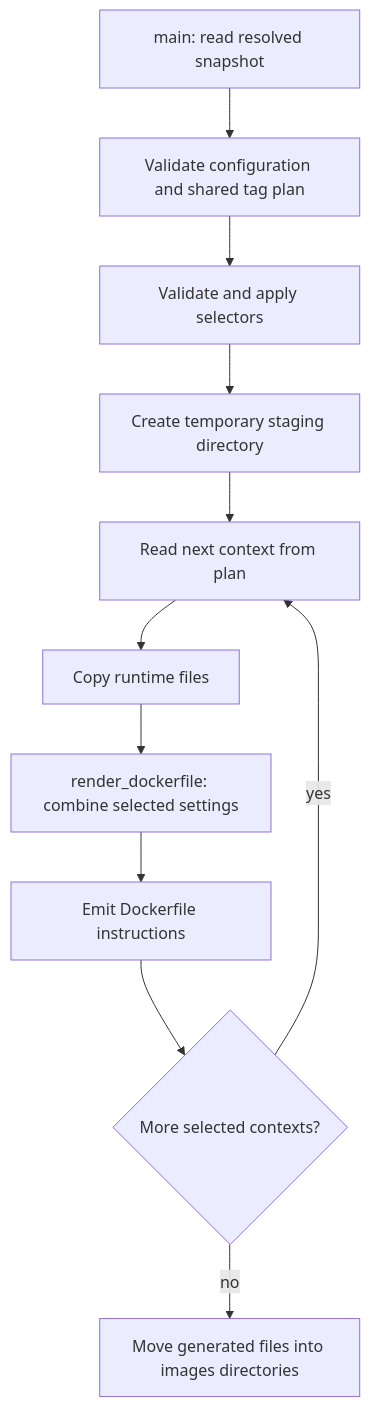
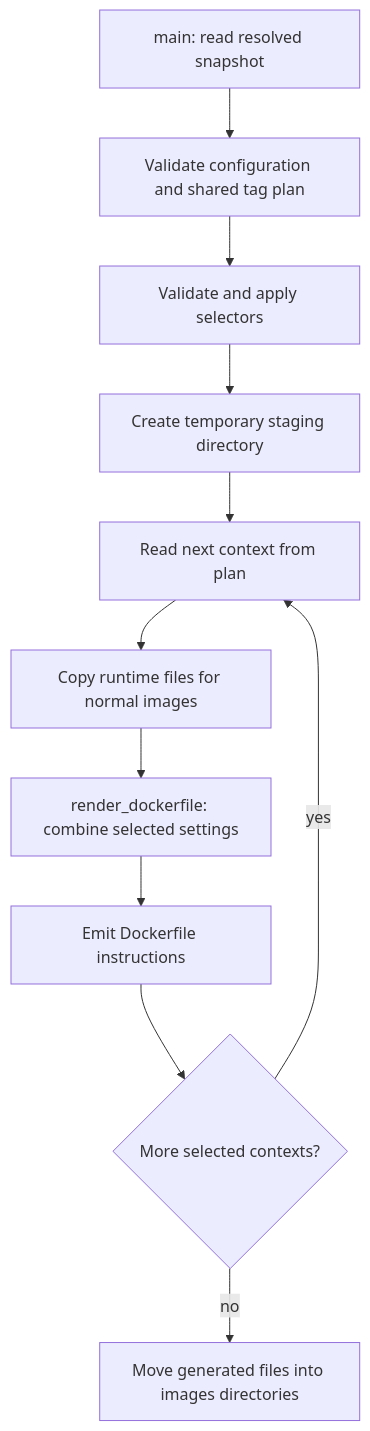
Before and after one commit to joomla-docker/docker-joomla: the third of 3 diagrams in docs/generation.md, drawn with Mermaid. The commit also changed other lines of this file and 44 other files, not shown here.

````diff
--- a/docs/generation.md
+++ b/docs/generation.md
@@ -253,13 +253,13 @@
 ```mermaid
 flowchart TD
     A["main: read resolved snapshot"] --> B["Validate configuration and shared tag plan"]
     B --> C["Validate and apply selectors"]
     C --> D["Create temporary staging directory"]
     D --> E["Read next context from plan"]
-    E --> F["Copy runtime files"]
+    E --> F["Copy runtime files for normal images"]
     F --> G["render_dockerfile: combine selected settings"]
     G --> H["Emit Dockerfile instructions"]
     H --> I{"More selected contexts?"}
     I -->|"yes"| E
     I -->|"no"| J["Move generated files into images directories"]
 ```
````
